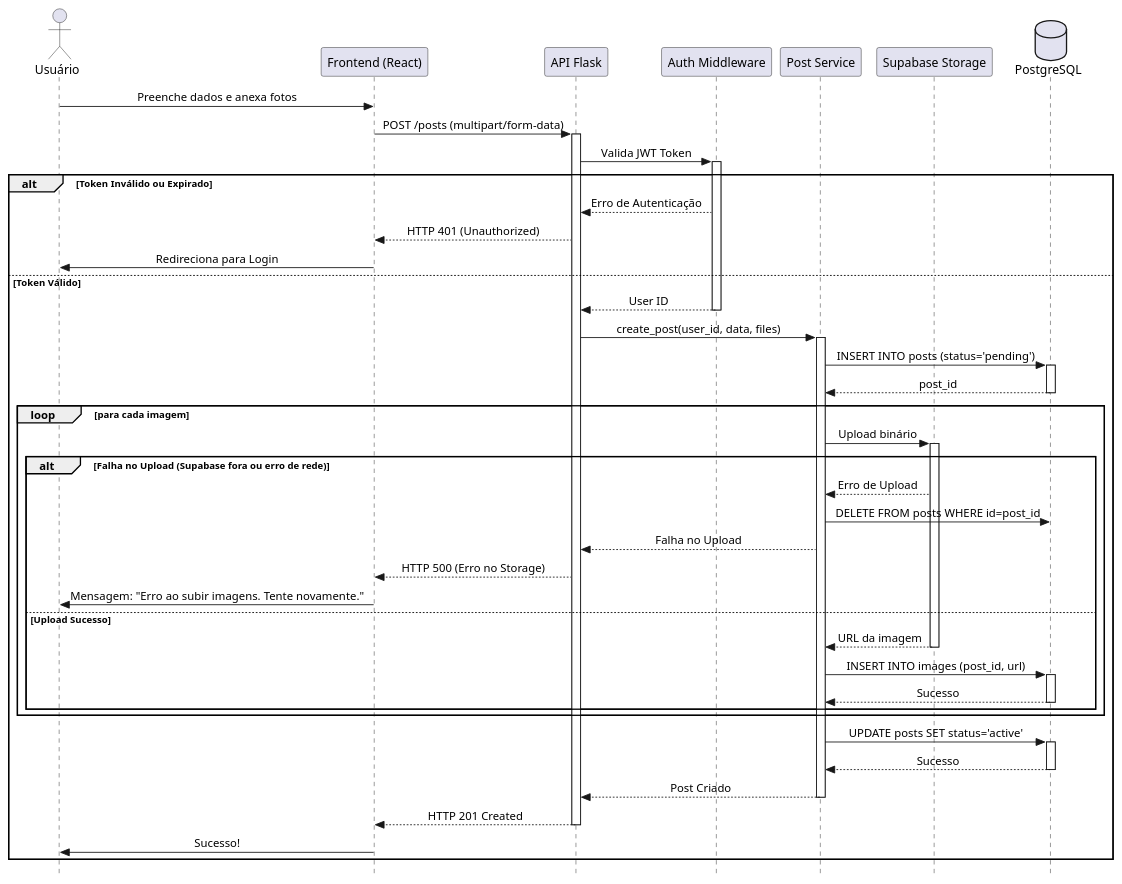
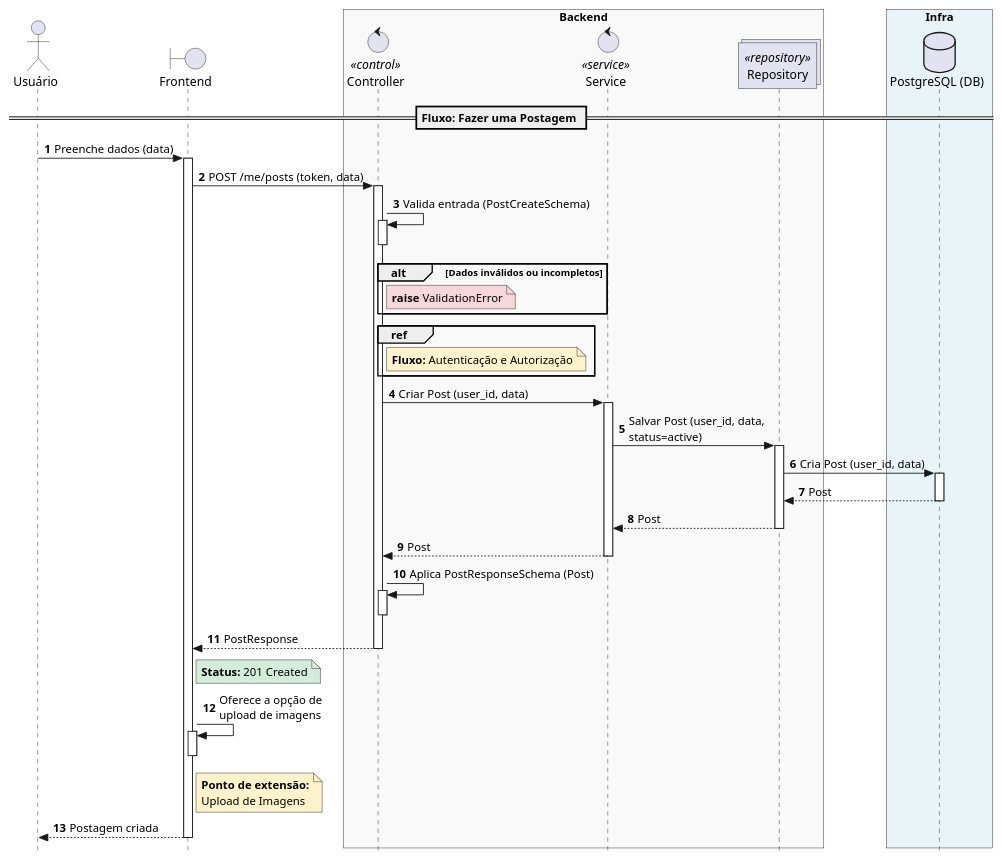
The diagram in docs/uml/sequence/puml/11_post_creation.puml (karlsen16/OndeTa), drawn with PlantUML before and after one commit. The commit also changed 52 other files, not shown here.

Commit message:
docs: BPTD Fase 1, organização dos diagramas v.3.2

```diff
--- a/docs/uml/sequence/puml/11_post_creation.puml
+++ b/docs/uml/sequence/puml/11_post_creation.puml
@@ -1,67 +1,44 @@
 @startuml
+autonumber
 skinparam style strictuml
-skinparam sequenceMessageAlign center
 
 actor "Usuário" as User
-participant "Frontend (React)" as FE
-participant "API Flask" as API
-participant "Auth Middleware" as Auth
-participant "Post Service" as SVC
-participant "Supabase Storage" as Cloud
-database "PostgreSQL" as DB
+boundary "Frontend" as UI
 
-User -> FE : Preenche dados e anexa fotos
-FE -> API : POST /posts (multipart/form-data)
-activate API
+box "Backend" #f9f9f9
+    control "Controller" as Ctrl <<control>>
+    control "Service" as Serv <<service>>
+    collections "Repository" as Repo <<repository>>
+end box
 
-API -> Auth : Valida JWT Token
-activate Auth
+box "Infra" #e8f4f8
+    database "PostgreSQL (DB)" as DB
+end box
 
-alt Token Inválido ou Expirado
-    Auth --> API : Erro de Autenticação
-    API --> FE : HTTP 401 (Unauthorized)
-    FE -> User : Redireciona para Login
-else Token Válido
-    Auth --> API : User ID
-    deactivate Auth
+== Fluxo: Fazer uma Postagem ==
 
-    API -> SVC : create_post(user_id, data, files)
-    activate SVC
+User -> UI++: Preenche dados (data)
+UI -> Ctrl++: POST /me/posts (token, data)
+Ctrl -> Ctrl++--: Valida entrada (PostCreateSchema)
 
-    SVC -> DB : INSERT INTO posts (status='pending')
-    activate DB
-    DB --> SVC : post_id
-    deactivate DB
+alt Dados inválidos ou incompletos
+    note right of Ctrl #f8d7da: **raise** ValidationError
+end
 
-    loop para cada imagem
-        SVC -> Cloud : Upload binário
-        activate Cloud
+group ref
+    note right of Ctrl #fff3cd: **Fluxo:** Autenticação e Autorização
+end
 
-        alt Falha no Upload (Supabase fora ou erro de rede)
-            Cloud --> SVC : Erro de Upload
-            SVC -> DB : DELETE FROM posts WHERE id=post_id
-            SVC --> API : Falha no Upload
-            API --> FE : HTTP 500 (Erro no Storage)
-            FE -> User : Mensagem: "Erro ao subir imagens. Tente novamente."
-        else Upload Sucesso
-            Cloud --> SVC : URL da imagem
-            deactivate Cloud
-            SVC -> DB : INSERT INTO images (post_id, url)
-            activate DB
-            DB --> SVC : Sucesso
-            deactivate DB
-        end
-    end
-
-    SVC -> DB : UPDATE posts SET status='active'
-    activate DB
-    DB --> SVC : Sucesso
-    deactivate DB
-
-    SVC --> API : Post Criado
-    deactivate SVC
-    API --> FE : HTTP 201 Created
-    deactivate API
-    FE -> User : Sucesso!
-end
+Ctrl -> Serv++: Criar Post (user_id, data)
+Serv -> Repo++: Salvar Post (user_id, data,\nstatus=active)
+Repo -> DB++: Cria Post (user_id, data)
+DB --> Repo--: Post
+Repo --> Serv--: Post
+Serv --> Ctrl--: Post
+Ctrl -> Ctrl++--: Aplica PostResponseSchema (Post)
+Ctrl --> UI--: PostResponse
+note right of UI #d4edda: **Status:** 201 Created
+UI -> UI++--: Oferece a opção de\nupload de imagens
+note right of UI #fff3cd: **Ponto de extensão:**\nUpload de Imagens
+UI --> User--: Postagem criada
 @enduml
```
